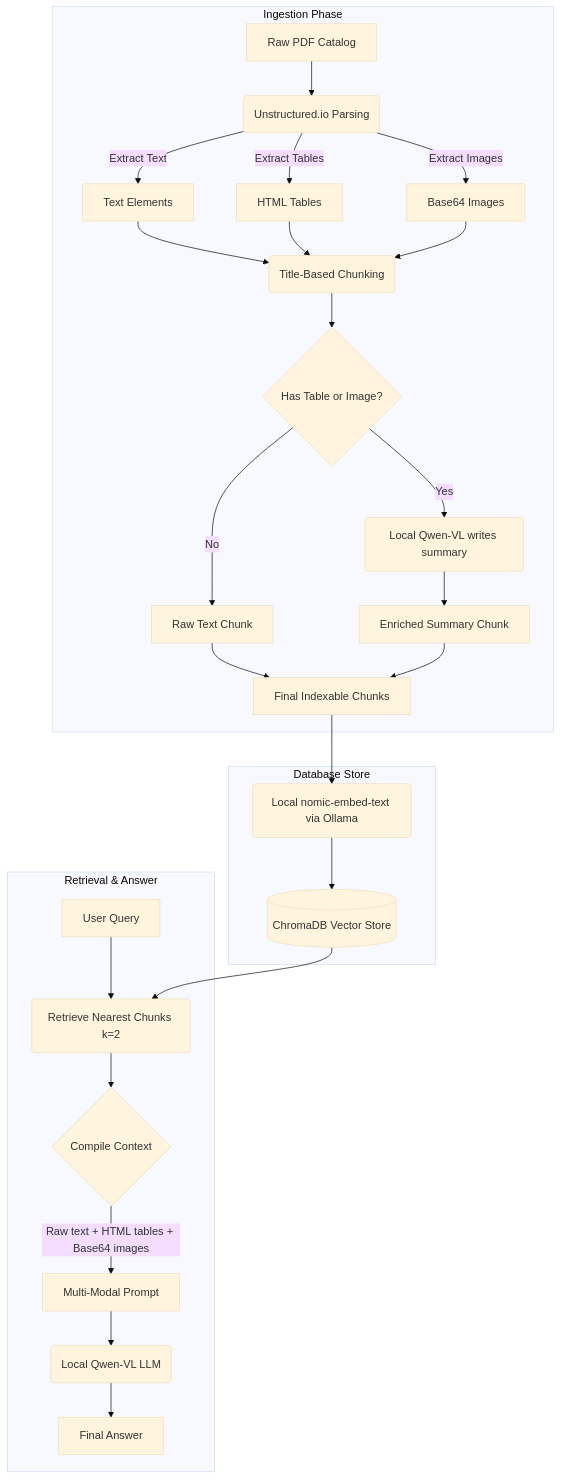
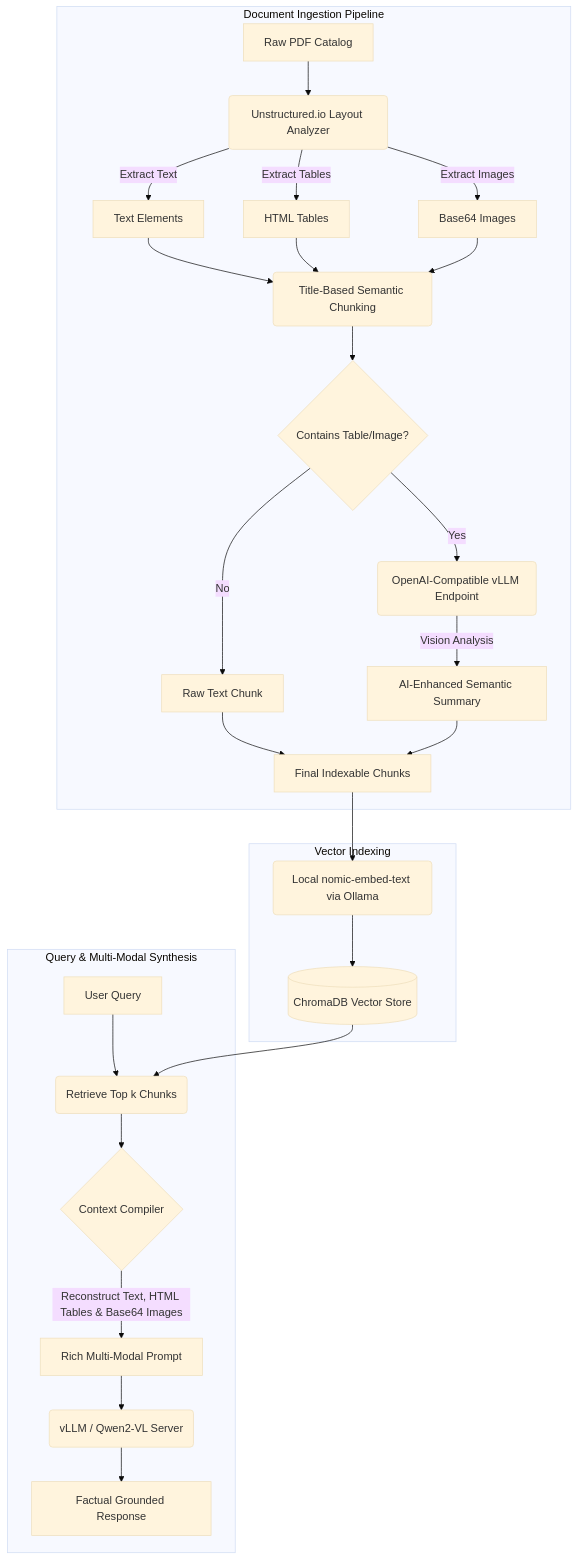
One commit to Priyanshu-git78/OmniParse-RAG changed the diagram in README.md. Above: the diagram before and after it, drawn with Mermaid (base theme). The commit also changed other lines of this file, not shown here.

````diff
--- a/README.md
+++ b/README.md
@@ -30,33 +13,33 @@
 ```mermaid
 flowchart TD
-    subgraph Ingestion Phase
-        A[Raw PDF Catalog] --> B(Unstructured.io Parsing)
+    subgraph Document Ingestion Pipeline
+        A[Raw PDF Catalog] --> B(Unstructured.io Layout Analyzer)
         B -->|Extract Text| C[Text Elements]
         B -->|Extract Tables| D[HTML Tables]
         B -->|Extract Images| E[Base64 Images]
         
-        C & D & E --> F(Title-Based Chunking)
-        F --> G{Has Table or Image?}
+        C & D & E --> F(Title-Based Semantic Chunking)
+        F --> G{Contains Table/Image?}
         
-        G -->|Yes| H(Local Qwen-VL writes summary)
+        G -->|Yes| H(OpenAI-Compatible vLLM Endpoint)
         G -->|No| I[Raw Text Chunk]
         
-        H --> J[Enriched Summary Chunk]
+        H -->|Vision Analysis| J[AI-Enhanced Semantic Summary]
         I --> K[Final Indexable Chunks]
         J --> K
     end
     
-    subgraph Database Store
+    subgraph Vector Indexing
         K --> L(Local nomic-embed-text via Ollama)
         L --> M[(ChromaDB Vector Store)]
     end
     
-    subgraph Retrieval & Answer
-        N[User Query] --> O(Retrieve Nearest Chunks k=2)
+    subgraph Query & Multi-Modal Synthesis
+        N[User Query] --> O(Retrieve Top k Chunks)
         M --> O
-        O --> P{Compile Context}
-        P -->|Raw text + HTML tables + Base64 images| Q[Multi-Modal Prompt]
-        Q --> R(Local Qwen-VL LLM)
-        R --> S[Final Answer]
+        O --> P{Context Compiler}
+        P -->|Reconstruct Text, HTML Tables & Base64 Images| Q[Rich Multi-Modal Prompt]
+        Q --> R(vLLM / Qwen2-VL Server)
+        R --> S[Factual Grounded Response]
     end
 ```
````
